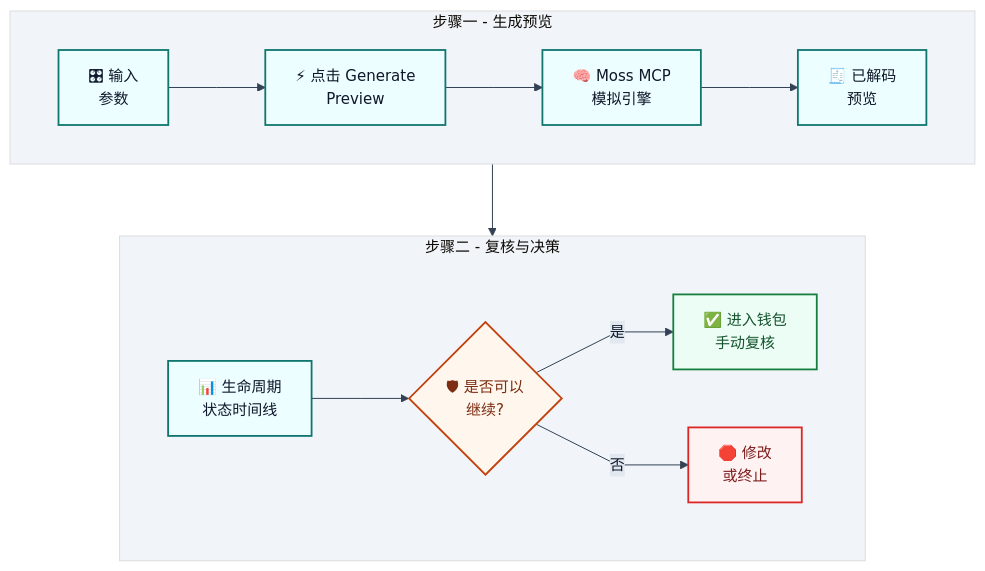
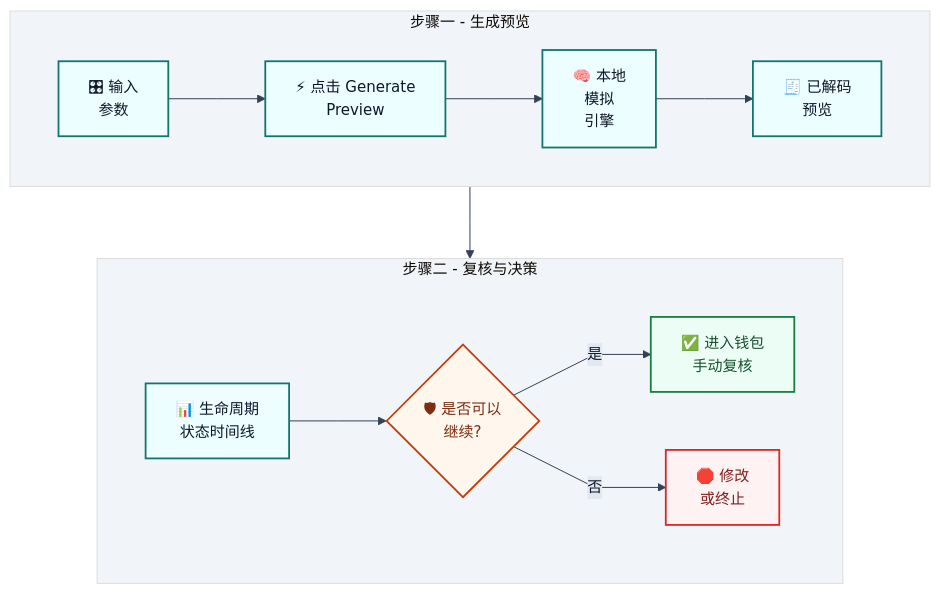
The fifth of 8 diagrams in README.md (sunshineluyao/Moss-Mcp-Transaction), drawn with Mermaid before and after one commit. The commit also changed other lines of this file, not shown here.

Commit message:
docs: clarify local simulation vs live Moss MCP

````diff
--- a/README.md
+++ b/README.md
@@ -527,29 +528,29 @@
 ```mermaid
 %%{init: {'theme':'base','flowchart': {'htmlLabels': true, 'nodeSpacing': 58, 'rankSpacing': 72, 'curve': 'linear'},'themeVariables': {'fontFamily':'Trebuchet MS, Segoe UI, sans-serif','fontSize':'15px','primaryColor':'#eef6ff','primaryBorderColor':'#3b82f6','primaryTextColor':'#0f172a','lineColor':'#334155','secondaryColor':'#f8fafc','tertiaryColor':'#f1f5f9','edgeLabelBackground':'#e2e8f0'}}}%%
 flowchart TB
   subgraph R1[步骤一 - 生成预览]
     direction LR
     A["🎛 输入<br/>参数"] --> B["⚡ 点击 Generate<br/>Preview"]
-    B --> C["🧠 Moss MCP<br/>模拟引擎"]
+    B --> C["🧠 本地<br/>模拟<br/>引擎"]
     C --> D["🧾 已解码<br/>预览"]
   end
 
   subgraph R2[步骤二 - 复核与决策]
     direction LR
     E["📊 生命周期<br/>状态时间线"] --> F{"🛡 是否可以<br/>继续?"}
     F -->|是| G["✅ 进入钱包<br/>手动复核"]
     F -->|否| H["🛑 修改<br/>或终止"]
   end
 
   D --> E
 
   classDef main fill:#ecfeff,stroke:#0f766e,stroke-width:1.8px,color:#0f172a;
   classDef decision fill:#fff7ed,stroke:#c2410c,stroke-width:1.8px,color:#7c2d12;
   classDef success fill:#ecfdf5,stroke:#15803d,stroke-width:1.8px,color:#14532d;
   classDef stop fill:#fef2f2,stroke:#dc2626,stroke-width:1.8px,color:#7f1d1d;
 
   class A,B,C,D,E main;
   class F decision;
   class G success;
   class H stop;
 ```
````
